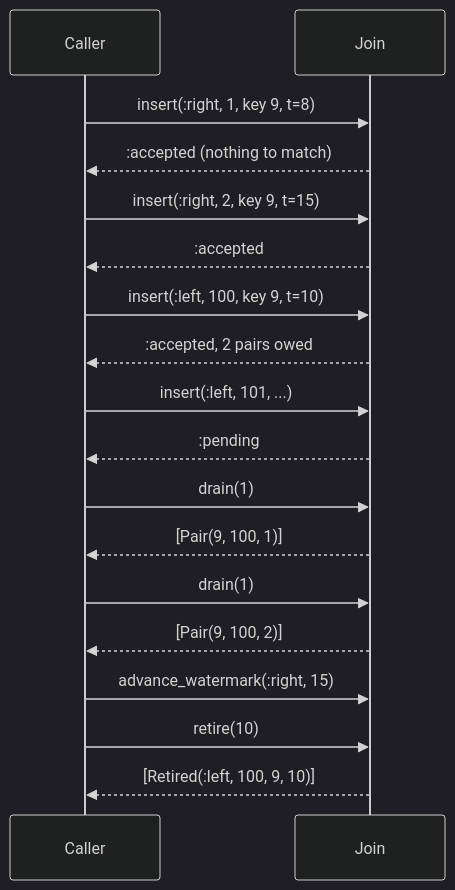
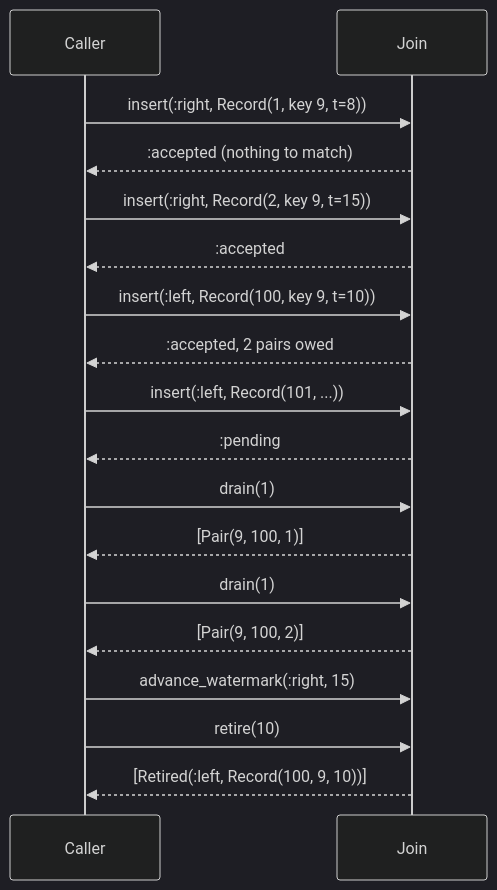
The second of 2 diagrams in README.md (seuros/join_machines), drawn with Mermaid (dark theme) before and after one commit. The commit also changed other lines of this file and 11 other files, not shown here.

````diff
--- a/README.md
+++ b/README.md
@@ -87,21 +87,21 @@
 ```mermaid
 sequenceDiagram
     participant C as Caller
     participant J as Join
 
-    C->>J: insert(:right, 1, key 9, t=8)
+    C->>J: insert(:right, Record(1, key 9, t=8))
     J-->>C: :accepted (nothing to match)
-    C->>J: insert(:right, 2, key 9, t=15)
+    C->>J: insert(:right, Record(2, key 9, t=15))
     J-->>C: :accepted
-    C->>J: insert(:left, 100, key 9, t=10)
+    C->>J: insert(:left, Record(100, key 9, t=10))
     J-->>C: :accepted, 2 pairs owed
-    C->>J: insert(:left, 101, ...)
+    C->>J: insert(:left, Record(101, ...))
     J-->>C: :pending
     C->>J: drain(1)
     J-->>C: [Pair(9, 100, 1)]
     C->>J: drain(1)
     J-->>C: [Pair(9, 100, 2)]
     C->>J: advance_watermark(:right, 15)
     C->>J: retire(10)
-    J-->>C: [Retired(:left, 100, 9, 10)]
+    J-->>C: [Retired(:left, Record(100, 9, 10))]
 ```
````
